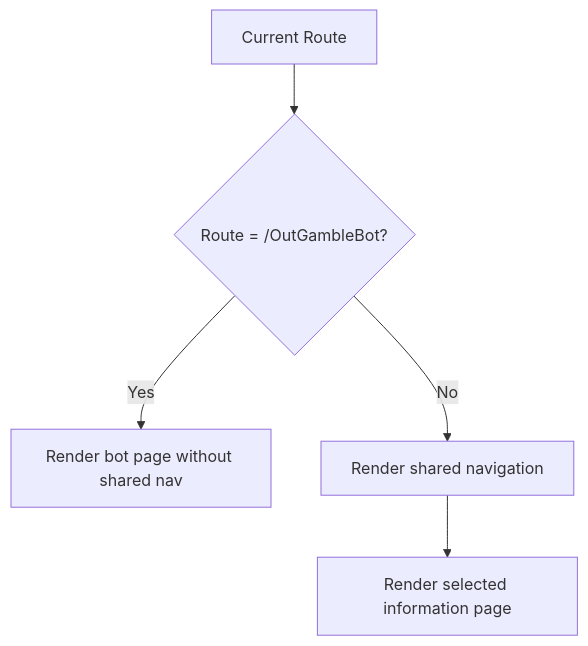
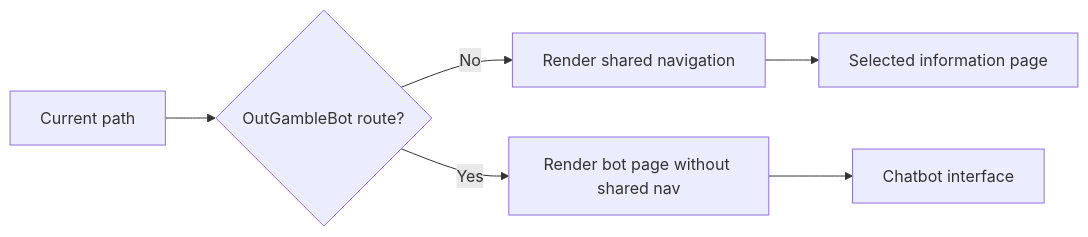
The third of 6 diagrams in docs/development-pipeline.md (HidayahMF/OutGamble), drawn with Mermaid before and after one commit. The commit also changed other lines of this file, not shown here.

````diff
--- a/docs/development-pipeline.md
+++ b/docs/development-pipeline.md
@@ -22,7 +50,8 @@
 ```mermaid
-flowchart TD
-    PATH[Current Route] --> CHECK{Route = /OutGambleBot?}
-    CHECK -->|Yes| BOT[Render bot page without shared nav]
+flowchart LR
+    PATH[Current path] --> CHECK{OutGambleBot route?}
     CHECK -->|No| NAV[Render shared navigation]
-    NAV --> PAGE[Render selected information page]
+    CHECK -->|Yes| CLEAN[Render bot page without shared nav]
+    NAV --> PAGE[Selected information page]
+    CLEAN --> BOTUI[Chatbot interface]
 ```
````
